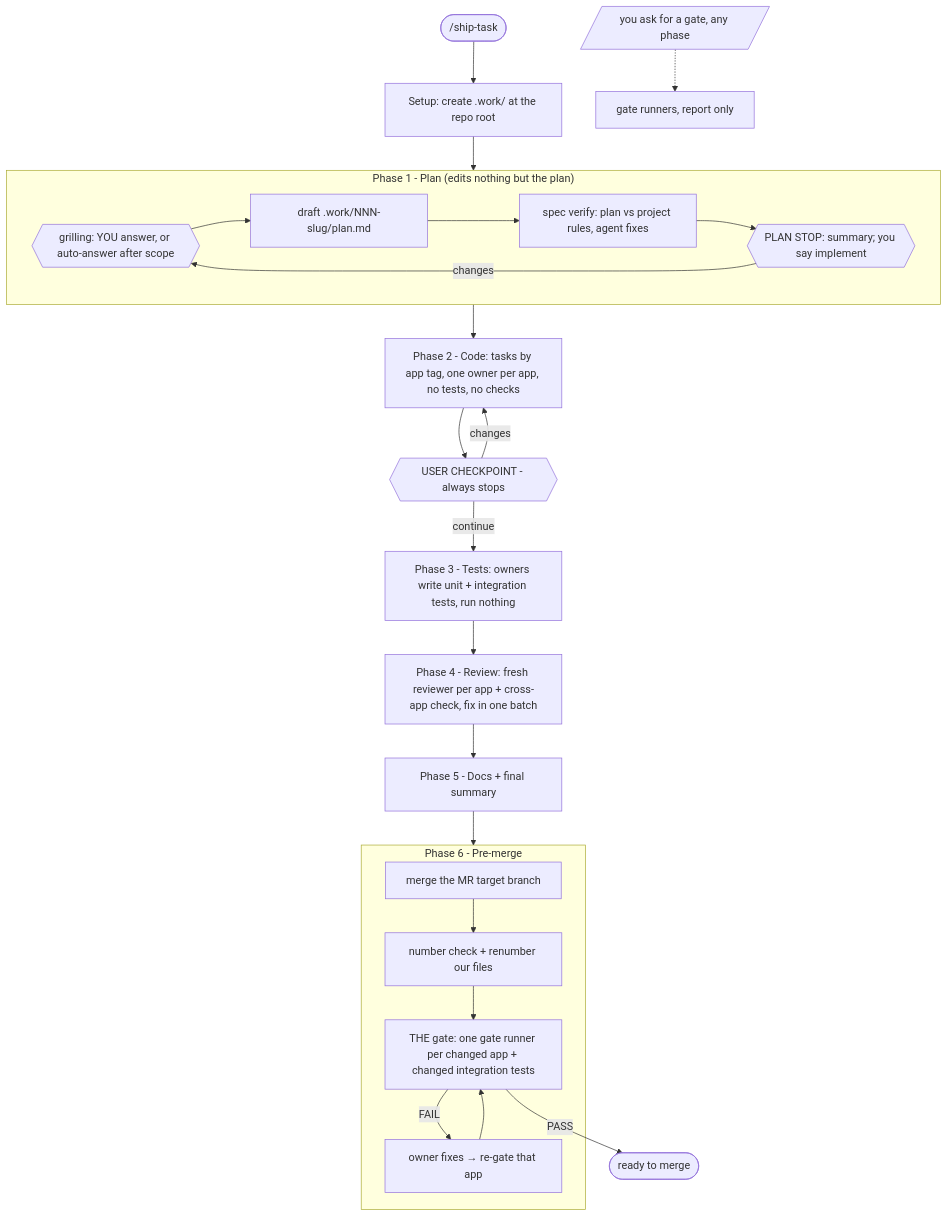
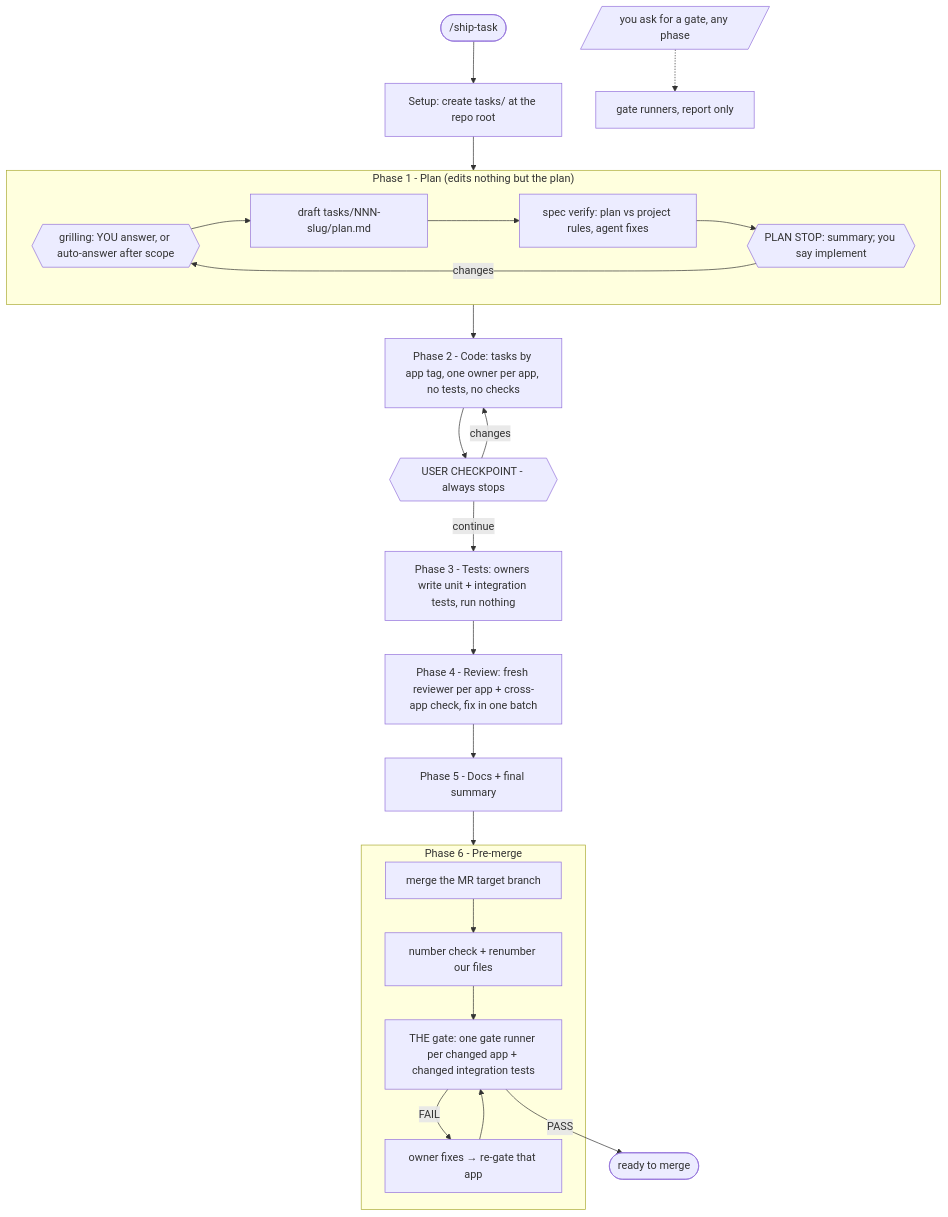
The diagram in plugins/naphatwx-tools/skills/ship-task/README.md (naphatwx/naphatwx-tools), drawn with Mermaid before and after one commit. The commit also changed other lines of this file and 10 other files, not shown here.

First line of the commit message:
feat(ship-task): rename work folder from .work/ to tasks/

````diff
--- a/plugins/naphatwx-tools/skills/ship-task/README.md
+++ b/plugins/naphatwx-tools/skills/ship-task/README.md
@@ -22,29 +22,29 @@
 ```mermaid
 flowchart TD
-    START([/ship-task]) --> SU[Setup: create .work/ at the repo root]
+    START([/ship-task]) --> SU[Setup: create tasks/ at the repo root]
     SU --> P0
     subgraph P0["Phase 1 - Plan (edits nothing but the plan)"]
-        GR{{grilling: YOU answer, or auto-answer after scope}} --> DR[draft .work/NNN-slug/plan.md]
+        GR{{grilling: YOU answer, or auto-answer after scope}} --> DR[draft tasks/NNN-slug/plan.md]
         DR --> VER[spec verify: plan vs project rules, agent fixes]
         VER --> PS{{PLAN STOP: summary; you say implement}}
         PS -->|changes| GR
     end
 
     P0 --> P2[Phase 2 - Code: tasks by app tag, one owner per app, no tests, no checks]
     P2 --> CP{{USER CHECKPOINT - always stops}}
     CP -->|changes| P2
     CP -->|continue| P3[Phase 3 - Tests: owners write unit + integration tests, run nothing]
     P3 --> P4[Phase 4 - Review: fresh reviewer per app + cross-app check, fix in one batch]
     P4 --> P5[Phase 5 - Docs + final summary]
     P5 --> P6
 
     subgraph P6["Phase 6 - Pre-merge"]
         M[merge the MR target branch] --> N[number check + renumber our files]
         N --> G[THE gate: one gate runner per changed app + changed integration tests]
         G -->|FAIL| F[owner fixes → re-gate that app]
         F --> G
     end
 
     G -->|PASS| DONE([ready to merge])
     ASK[/you ask for a gate, any phase/] -.-> ON[gate runners, report only]
 ```
````
